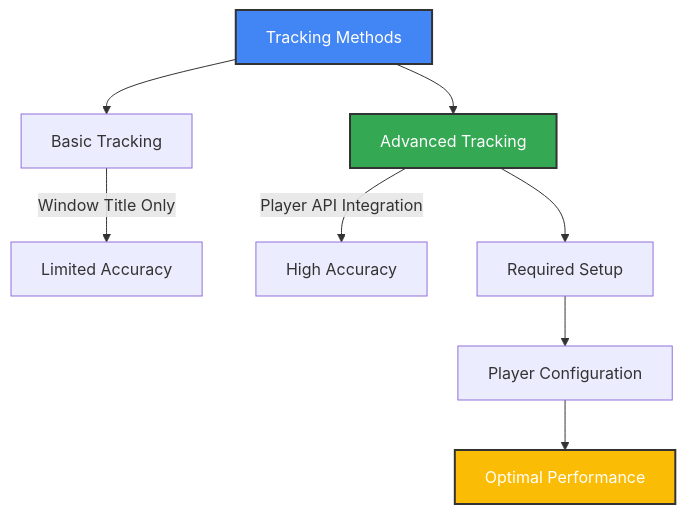
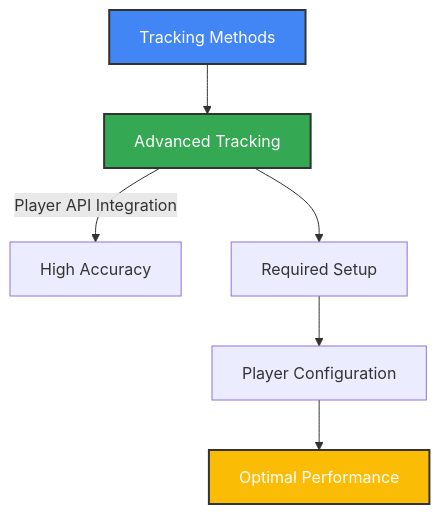
One commit to ByteTrix/Media-Player-Scrobbler-for-Simkl changed the first of 3 diagrams in docs/media-players.md. Above: the diagram before and after it, drawn with Mermaid. The commit also changed other lines of this file and 6 other files, not shown here.

````diff
--- a/docs/media-players.md
+++ b/docs/media-players.md
@@ -9,13 +9,11 @@
 ```mermaid
 graph TD
-    A[Tracking Methods] --> B[Basic Tracking]
-    A --> C[Advanced Tracking]
-    B -->|Window Title Only| D[Limited Accuracy]
+    A[Tracking Methods] --> C[Advanced Tracking]
     C -->|Player API Integration| E[High Accuracy]
     C --> F[Required Setup]
     F --> G[Player Configuration]
     G --> H[Optimal Performance]
     style A fill:#4285f4,stroke:#333,stroke-width:2px,color:#fff
     style C fill:#34a853,stroke:#333,stroke-width:2px,color:#fff
     style H fill:#fbbc05,stroke:#333,stroke-width:2px,color:#fff
 ```
````
